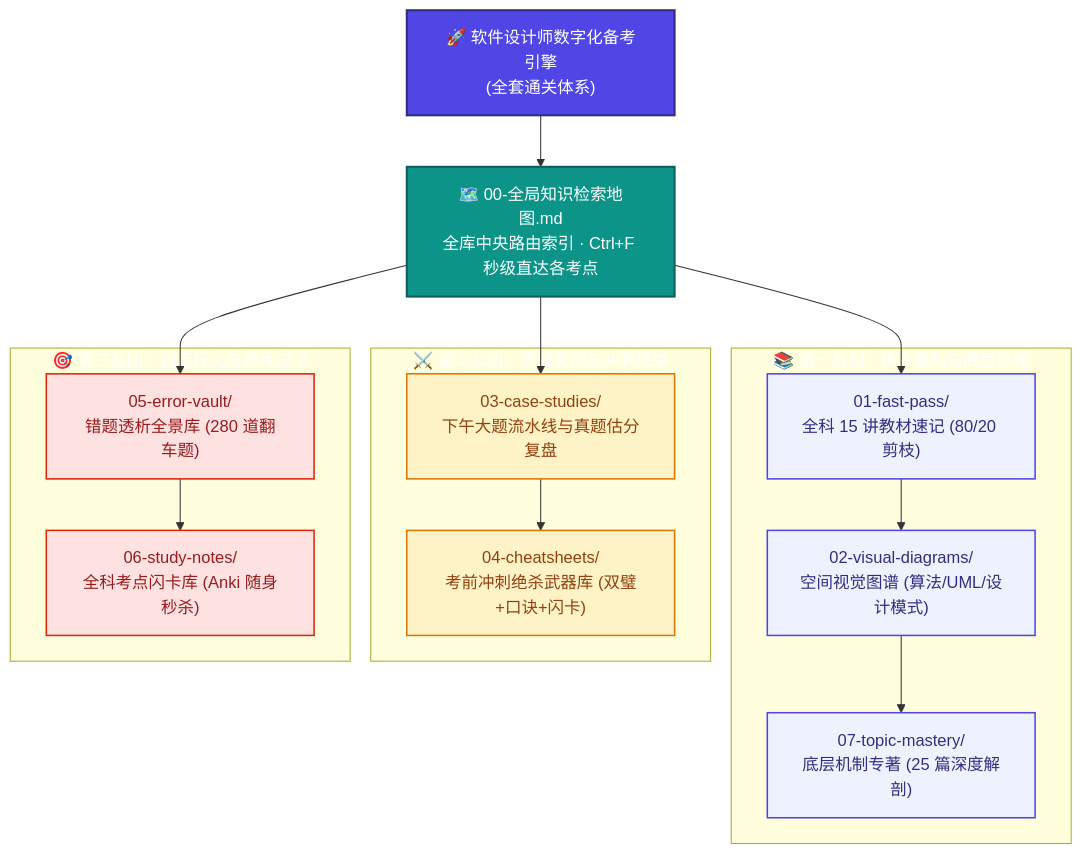
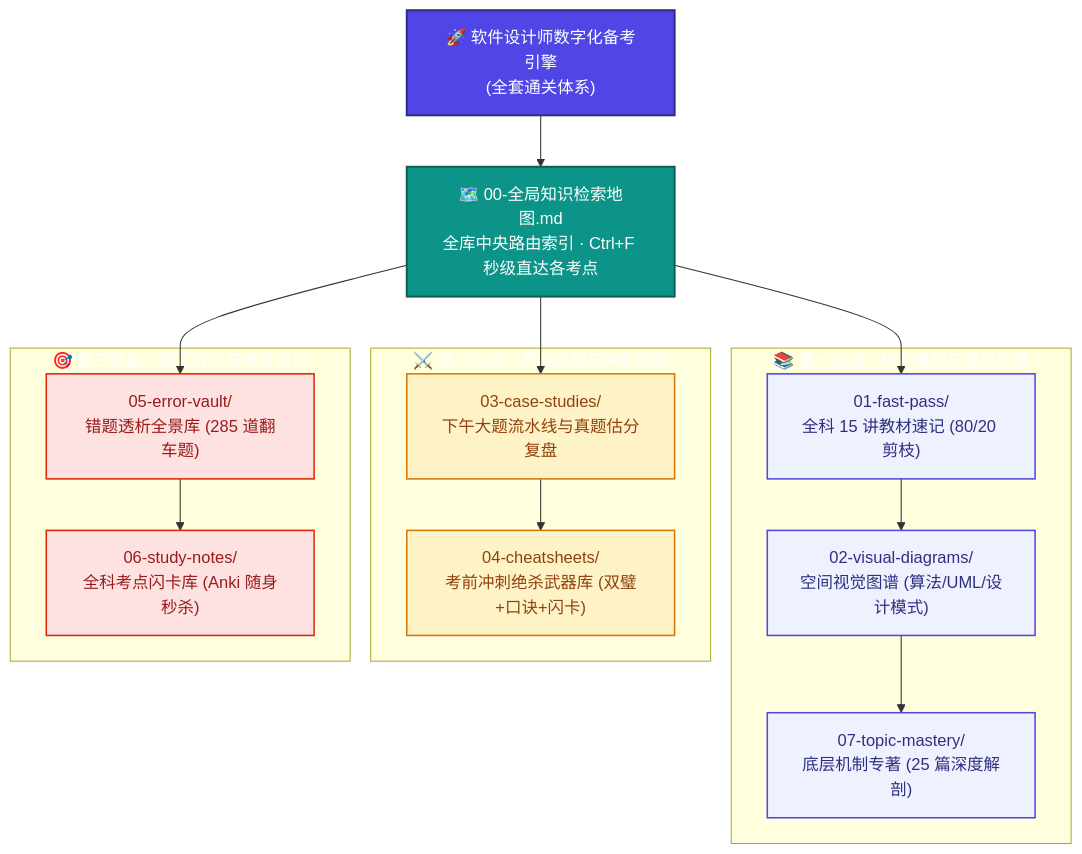
One commit to cpsa3/software-designer-fast-pass changed the diagram in README.md. Above: the diagram before and after it, drawn with Mermaid. The commit also changed other lines of this file and 2 other files, not shown here.

Commit message:
docs(error-vault): 归档错题281~285(PERT单人员资源冲突决策工期20天/ERD患者实体/职务文档著作权归公司/分页十进制物理地址14036/netstat端口应用映射)

````diff
--- a/README.md
+++ b/README.md
@@ -70,36 +70,36 @@
 ```mermaid
 flowchart TD
     classDef root fill:#4F46E5,stroke:#312E81,stroke-width:2px,color:#fff
     classDef hub fill:#0D9488,stroke:#115E59,stroke-width:2px,color:#fff
     classDef base fill:#EEF2FF,stroke:#4F46E5,stroke-width:1.5px,color:#312E81
     classDef exam fill:#FEF3C7,stroke:#D97706,stroke-width:1.5px,color:#92400E
     classDef vault fill:#FEE2E2,stroke:#DC2706,stroke-width:1.5px,color:#991B1B
 
     Root["🚀 软件设计师数字化备考引擎<br>(全套通关体系)"]:::root
     Map["🗺️ 00-全局知识检索地图.md<br>全库中央路由索引 · Ctrl+F 秒级直达各考点"]:::hub
 
     Root --> Map
 
     subgraph G1["📚 第一兵团：体系建构与底层原理"]
         M1["01-fast-pass/<br>全科 15 讲教材速记 (80/20 剪枝)"]:::base
         M2["02-visual-diagrams/<br>空间视觉图谱 (算法/UML/设计模式)"]:::base
         M7["07-topic-mastery/<br>底层机制专著 (25 篇深度解剖)"]:::base
         M1 --> M2 --> M7
     end
 
     subgraph G2["⚔️ 第二兵团：真题实战与冲刺绝杀"]
         M3["03-case-studies/<br>下午大题流水线与真题估分复盘"]:::exam
         M4["04-cheatsheets/<br>考前冲刺绝杀武器库 (双璧+口诀+闪卡)"]:::exam
         M3 --> M4
     end
 
     subgraph G3["🎯 第三兵团：弱点歼灭与碎片记忆"]
-        M5["05-error-vault/<br>错题透析全景库 (280 道翻车题)"]:::vault
+        M5["05-error-vault/<br>错题透析全景库 (285 道翻车题)"]:::vault
         M6["06-study-notes/<br>全科考点闪卡库 (Anki 随身秒杀)"]:::vault
         M5 --> M6
     end
 
     Map --> M1
     Map --> M3
     Map --> M5
 ```
````
